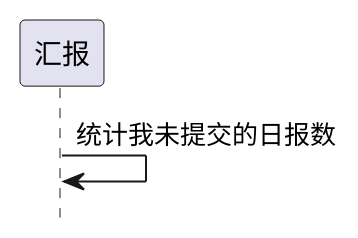
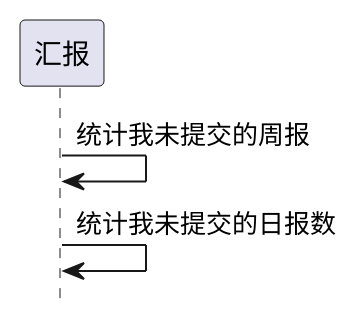
Before and after one commit to zj335841911/nt_chandao: the first of 2 diagrams in ibizpms-docs/src/main/doc/v1/module/report/IbzReport_old.md, drawn with PlantUML. The commit also changed other lines of this file and 8 other files, not shown here.

```diff
--- a/ibizpms-docs/src/main/doc/v1/module/report/IbzReport_old.md
+++ b/ibizpms-docs/src/main/doc/v1/module/report/IbzReport_old.md
@@ -99,5 +99,6 @@
 {% plantuml %}
 hide footbox
 
+汇报 -> 汇报: 统计我未提交的周报
 汇报 -> 汇报: 统计我未提交的日报数
 {% endplantuml %}
```
